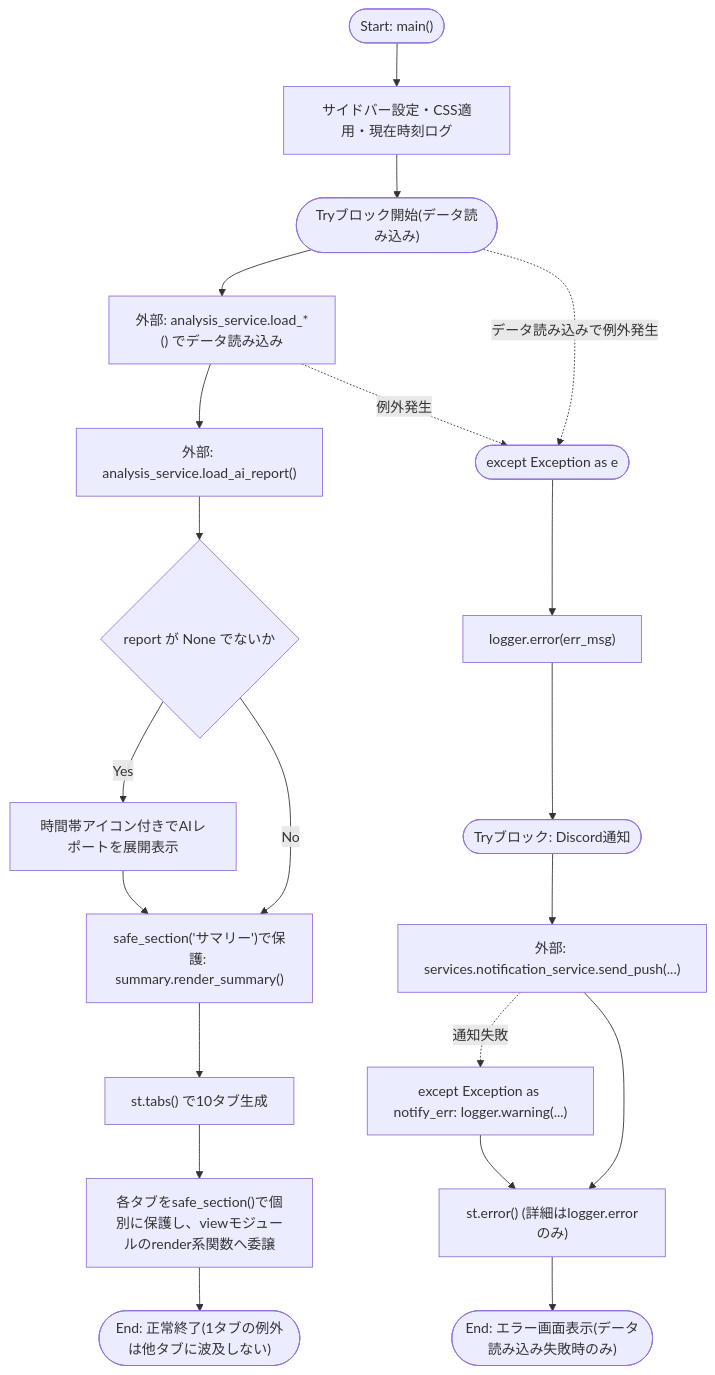
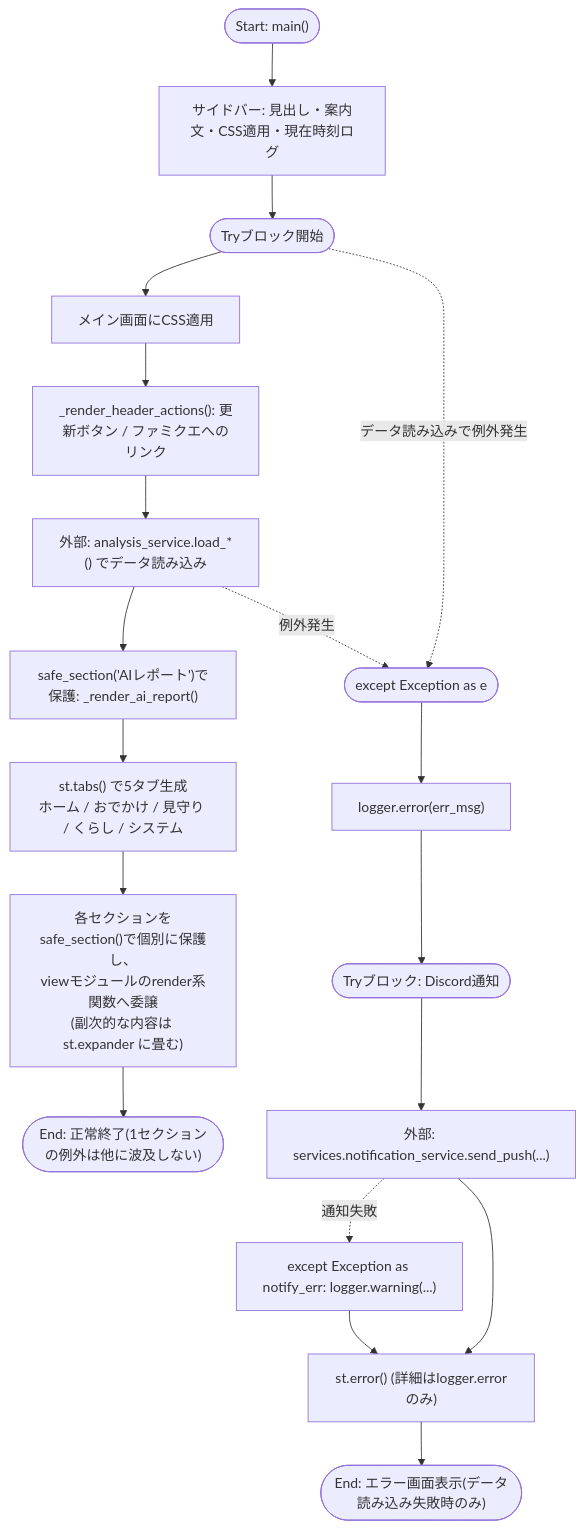
The first of 2 diagrams in docs/specifications/MY_HOME_SYSTEM/dashboard.md (mmtigers/my_python_project), drawn with Mermaid before and after one commit. The commit also changed other lines of this file and 32 other files, not shown here.

````diff
--- a/docs/specifications/MY_HOME_SYSTEM/dashboard.md
+++ b/docs/specifications/MY_HOME_SYSTEM/dashboard.md
@@ -146,27 +239,24 @@
 ```mermaid
 flowchart TD
-    Start(["Start: main()"]) --> Sidebar["サイドバー設定・CSS適用・現在時刻ログ"]
-    Sidebar --> TryStart(["Tryブロック開始(データ読み込み)"])
+    Start(["Start: main()"]) --> Sidebar["サイドバー: 見出し・案内文・CSS適用・現在時刻ログ"]
+    Sidebar --> TryStart(["Tryブロック開始"])
 
-    TryStart --> LoadData["外部: analysis_service.load_*() でデータ読み込み"]
-    LoadData --> LoadReport["外部: analysis_service.load_ai_report()"]
-    LoadReport --> CheckReport{"report が None でないか"}
-    CheckReport -- Yes --> RenderReport["時間帯アイコン付きでAIレポートを展開表示"]
-    CheckReport -- No --> RenderSummary
-    RenderReport --> RenderSummary["safe_section('サマリー')で保護: summary.render_summary()"]
-
-    RenderSummary --> CreateTabs["st.tabs() で10タブ生成"]
-    CreateTabs --> RenderTabs["各タブをsafe_section()で個別に保護し、viewモジュールのrender系関数へ委譲"]
-    RenderTabs --> End(["End: 正常終了(1タブの例外は他タブに波及しない)"])
+    TryStart --> Css["メイン画面にCSS適用"]
+    Css --> Header["_render_header_actions(): 更新ボタン / ファミクエへのリンク"]
+    Header --> LoadData["外部: analysis_service.load_*() でデータ読み込み"]
+    LoadData --> Report["safe_section('AIレポート')で保護: _render_ai_report()"]
+    Report --> CreateTabs["st.tabs() で5タブ生成<br/>ホーム / おでかけ / 見守り / くらし / システム"]
+    CreateTabs --> RenderTabs["各セクションをsafe_section()で個別に保護し、<br/>viewモジュールのrender系関数へ委譲<br/>(副次的な内容は st.expander に畳む)"]
+    RenderTabs --> End(["End: 正常終了(1セクションの例外は他に波及しない)"])
 
     TryStart -. データ読み込みで例外発生 .-> Catch(["except Exception as e"])
     LoadData -. 例外発生 .-> Catch
 
     Catch --> LogErr["logger.error(err_msg)"]
     LogErr --> TryNotify(["Tryブロック: Discord通知"])
     TryNotify --> SendPush["外部: services.notification_service.send_push(...)"]
     SendPush -. 通知失敗 .-> LogWarn["except Exception as notify_err: logger.warning(...)"]
     SendPush --> ShowError
     LogWarn --> ShowError["st.error() (詳細はlogger.errorのみ)"]
     ShowError --> EndErr(["End: エラー画面表示(データ読み込み失敗時のみ)"])
 ```
````
